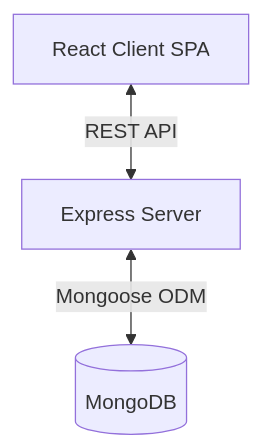
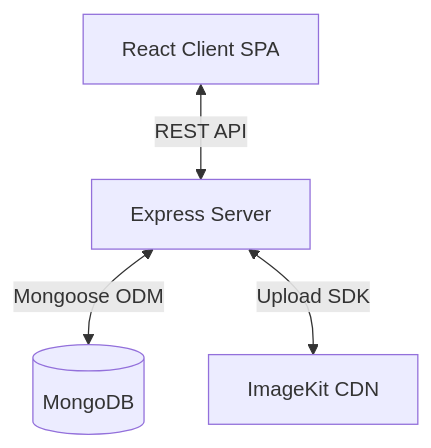
One commit to Ayush7433/Expense-Tracker changed the diagram in PROJECT.md. Above: the diagram before and after it, drawn with Mermaid. The commit also changed other lines of this file, not shown here.

````diff
--- a/PROJECT.md
+++ b/PROJECT.md
@@ -31,5 +36,6 @@
 ```mermaid
 graph TD
     Client[React Client SPA] <-->|REST API| Server[Express Server]
     Server <-->|Mongoose ODM| DB[(MongoDB)]
+    Server <-->|Upload SDK| IK[ImageKit CDN]
 ```
````
